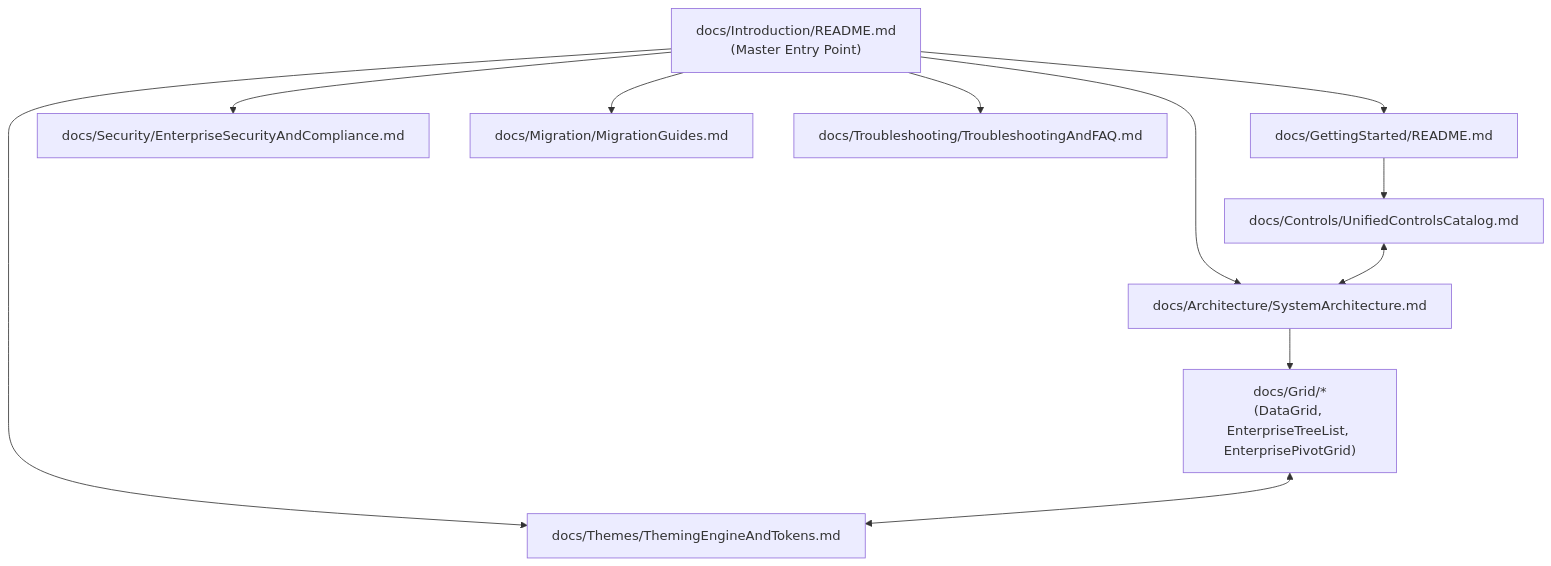
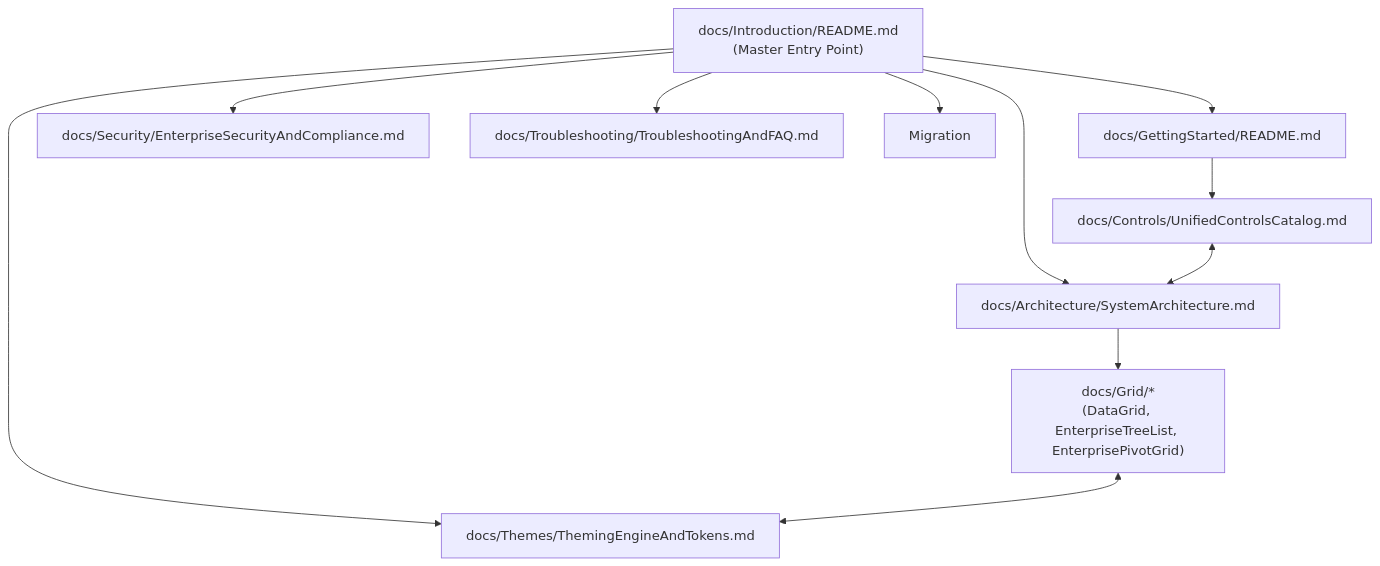
Before and after one commit to muhammad-aftab93/EnterpriseUI: the first of 2 diagrams in docs/Reference/GovernanceAndRoadmap.md, drawn with Mermaid. The commit also changed 176 other files, not shown here.

````diff
--- a/docs/Reference/GovernanceAndRoadmap.md
+++ b/docs/Reference/GovernanceAndRoadmap.md
@@ -9,21 +9,20 @@
 ```mermaid
 flowchart TD
     Index["docs/Introduction/README.md<br/>(Master Entry Point)"]
     GettingStarted["docs/GettingStarted/README.md"]
     Architecture["docs/Architecture/SystemArchitecture.md"]
     GridSuite["docs/Grid/*<br/>(DataGrid, EnterpriseTreeList, EnterprisePivotGrid)"]
     Theming["docs/Themes/ThemingEngineAndTokens.md"]
     ControlsCatalog["docs/Controls/UnifiedControlsCatalog.md"]
     Security["docs/Security/EnterpriseSecurityAndCompliance.md"]
-    Migration["docs/Migration/MigrationGuides.md"]
     Troubleshooting["docs/Troubleshooting/TroubleshootingAndFAQ.md"]
 
     Index --> GettingStarted --> ControlsCatalog
     Index --> Architecture --> GridSuite
     Index --> Theming
     Index --> Security
     Index --> Migration
     Index --> Troubleshooting
     GridSuite <--> Theming
     ControlsCatalog <--> Architecture
 ```
````
